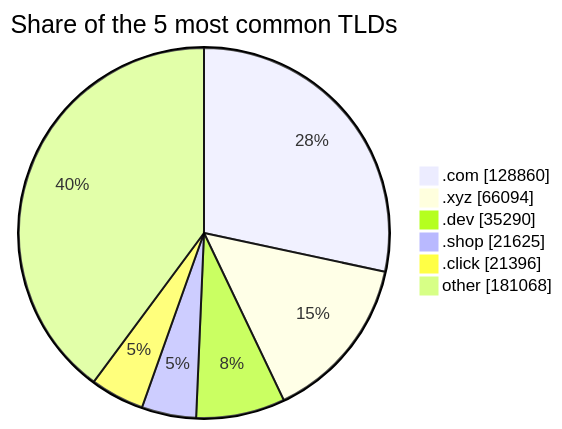
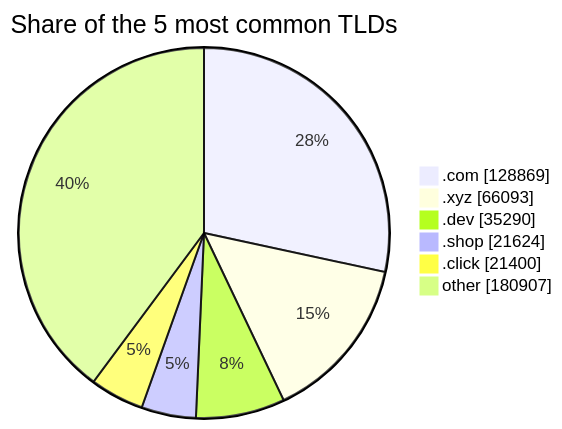
One commit to DNSBunker/CTI changed the third of 3 diagrams in README.md. Above: the diagram before and after it, drawn with Mermaid. The commit also changed other lines of this file and 3 other files, not shown here.

````diff
--- a/README.md
+++ b/README.md
@@ -81,9 +81,9 @@
 ```mermaid
 pie showData title Share of the 5 most common TLDs
-    ".com" : 128860
-    ".xyz" : 66094
+    ".com" : 128869
+    ".xyz" : 66093
     ".dev" : 35290
-    ".shop" : 21625
-    ".click" : 21396
-    "other" : 181068
+    ".shop" : 21624
+    ".click" : 21400
+    "other" : 180907
 ```
````
